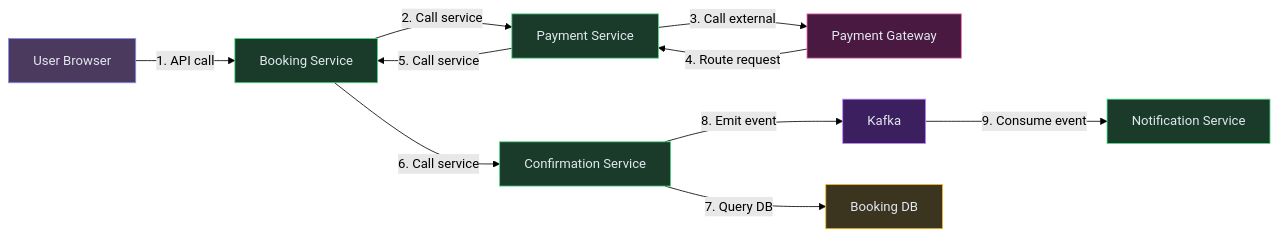
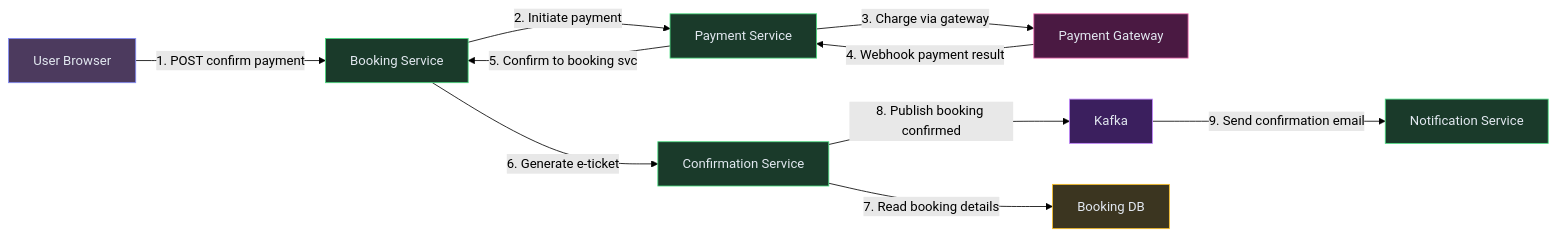
The fourth of 11 diagrams in content/hld/BookMyShow.md (iluzn/HLD-Designs), drawn with Mermaid (forest theme) before and after one commit. The commit also changed other lines of this file and 27 other files, not shown here.

````diff
--- a/content/hld/BookMyShow.md
+++ b/content/hld/BookMyShow.md
@@ -308,27 +308,27 @@
 ```mermaid
 flowchart LR
     User["User Browser"]:::client
     BS["Booking Service"]:::service
     PS["Payment Service"]:::service
     PGW["Payment Gateway"]:::external
     CONF["Confirmation Service"]:::service
     KF["Kafka"]:::async
     DB["Booking DB"]:::data
     NS["Notification Service"]:::service
 
-    User -->|"1. API call"| BS
-    BS -->|"2. Call service"| PS
-    PS -->|"3. Call external"| PGW
-    PGW -->|"4. Route request"| PS
-    PS -->|"5. Call service"| BS
-    BS -->|"6. Call service"| CONF
-    CONF -->|"7. Query DB"| DB
-    CONF -->|"8. Emit event"| KF
-    KF -->|"9. Consume event"| NS
+    User -->|"1. POST confirm payment"| BS
+    BS -->|"2. Initiate payment"| PS
+    PS -->|"3. Charge via gateway"| PGW
+    PGW -->|"4. Webhook payment result"| PS
+    PS -->|"5. Confirm to booking svc"| BS
+    BS -->|"6. Generate e-ticket"| CONF
+    CONF -->|"7. Read booking details"| DB
+    CONF -->|"8. Publish booking confirmed"| KF
+    KF -->|"9. Send confirmation email"| NS
 
     classDef client fill:#4c3a5e,stroke:#818cf8,color:#e2e8f0
     classDef service fill:#1a3a2a,stroke:#4ade80,color:#e2e8f0
     classDef external fill:#4a1942,stroke:#f472b6,color:#e2e8f0
     classDef async fill:#3b1f5e,stroke:#c084fc,color:#e2e8f0
     classDef data fill:#3b3520,stroke:#fbbf24,color:#e2e8f0
 ```
````
